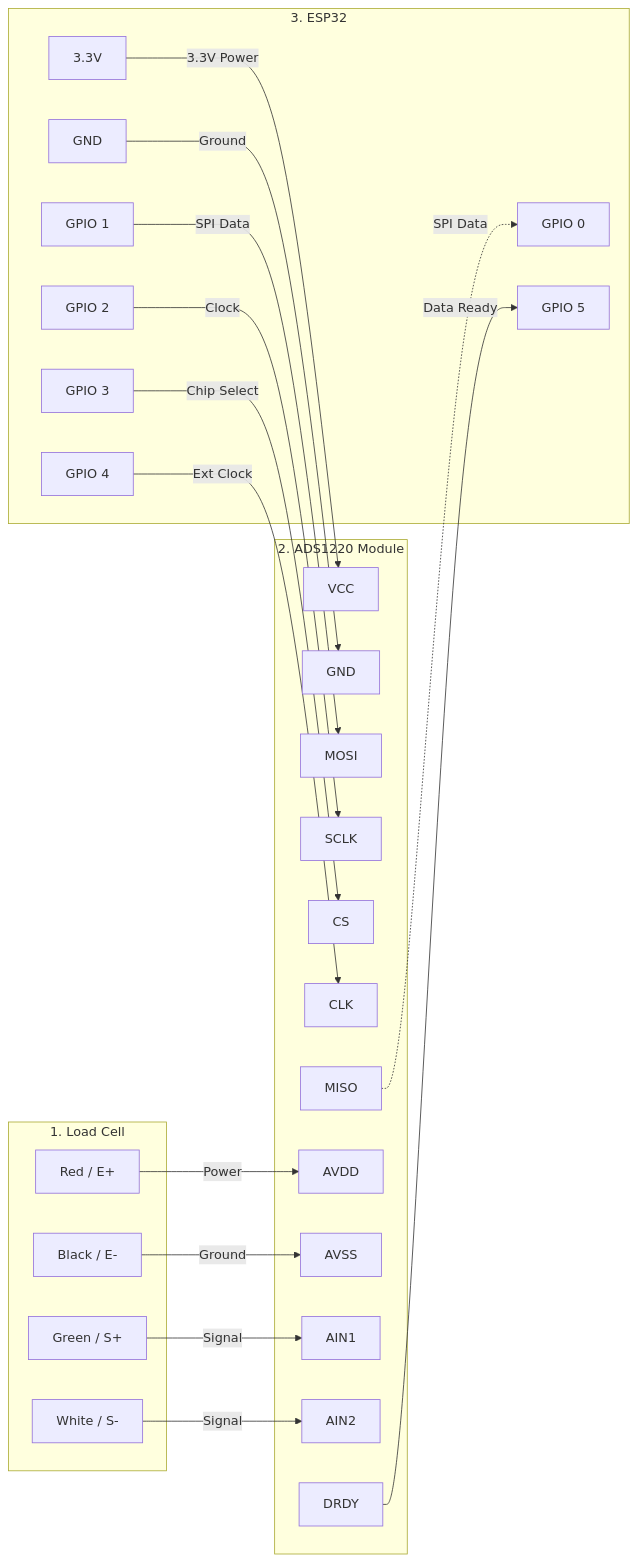
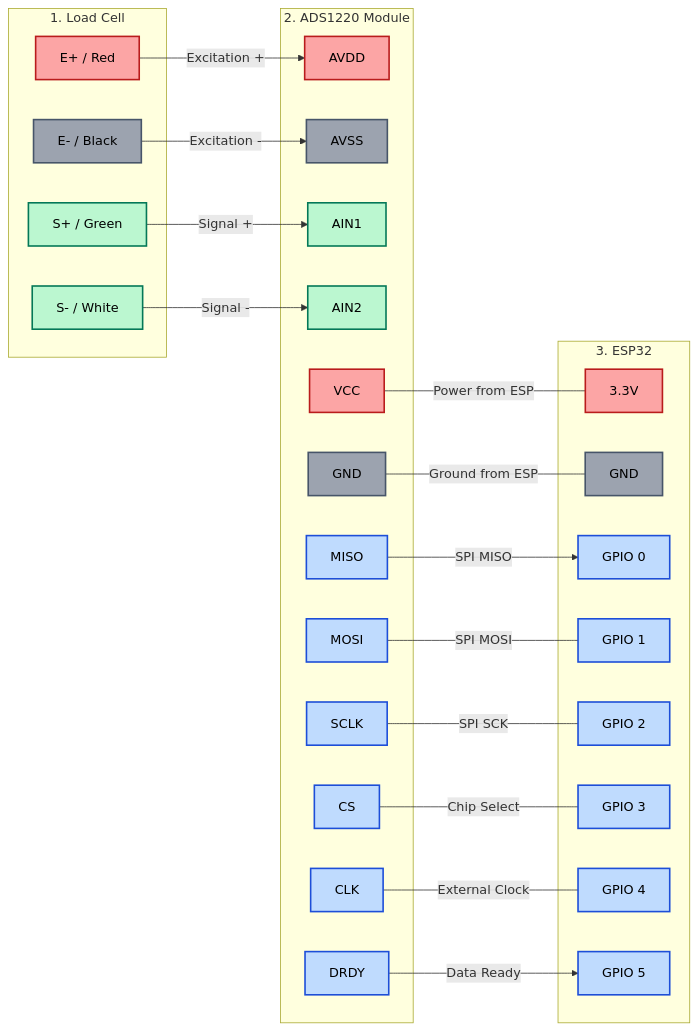
Before and after one commit to Ste86-sudo/SmartRowerPro: the diagram in README.md, drawn with Mermaid.

````diff
--- a/README.md
+++ b/README.md
@@ -38,54 +38,65 @@
 ```mermaid
-flowchart LR
-    subgraph LoadCell [1. Load Cell]
-        E_PLUS[Red / E+]
-        E_MINUS[Black / E-]
-        S_PLUS[Green / S+]
-        S_MINUS[White / S-]
+graph LR
+    subgraph Load_Cell [1. Load Cell]
+        LC_E_PLUS[E+ / Red]
+        LC_E_MINUS[E- / Black]
+        LC_S_PLUS[S+ / Green]
+        LC_S_MINUS[S- / White]
     end
 
-    subgraph ADC [2. ADS1220 Module]
-        AVDD[AVDD]
-        AVSS[AVSS]
-        AIN1[AIN1]
-        AIN2[AIN2]
+    subgraph ADS_Module [2. ADS1220 Module]
+        ADS_AVDD[AVDD]
+        ADS_AVSS[AVSS]
+        ADS_AIN1[AIN1]
+        ADS_AIN2[AIN2]
         
-        VCC[VCC]
-        GND[GND]
-        MISO[MISO]
-        MOSI[MOSI]
-        SCLK[SCLK]
-        CS[CS]
-        CLK[CLK]
-        DRDY[DRDY]
+        ADS_VCC[VCC]
+        ADS_GND[GND]
+        ADS_MISO[MISO]
+        ADS_MOSI[MOSI]
+        ADS_SCK[SCLK]
+        ADS_CS[CS]
+        ADS_CLK[CLK]
+        ADS_DRDY[DRDY]
     end
 
-    subgraph MCU [3. ESP32]
-        E_3V3[3.3V]
-        E_GND[GND]
-        E_P0[GPIO 0]
-        E_P1[GPIO 1]
-        E_P2[GPIO 2]
-        E_P3[GPIO 3]
-        E_P4[GPIO 4]
-        E_P5[GPIO 5]
+    subgraph ESP_MCU [3. ESP32]
+        ESP_3V3[3.3V]
+        ESP_GND[GND]
+        ESP_P0[GPIO 0]
+        ESP_P1[GPIO 1]
+        ESP_P2[GPIO 2]
+        ESP_P3[GPIO 3]
+        ESP_P4[GPIO 4]
+        ESP_P5[GPIO 5]
     end
 
-    %% Load Cell to ADC
-    E_PLUS -- Power --> AVDD
-    E_MINUS -- Ground --> AVSS
-    S_PLUS -- Signal --> AIN1
-    S_MINUS -- Signal --> AIN2
+    %% Load Cell to ADS1220
+    LC_E_PLUS -->|Excitation +| ADS_AVDD
+    LC_E_MINUS -->|Excitation -| ADS_AVSS
+    LC_S_PLUS -->|Signal +| ADS_AIN1
+    LC_S_MINUS -->|Signal -| ADS_AIN2
 
-    %% ESP32 to ADC (Power)
-    E_3V3 -- 3.3V Power --> VCC
-    E_GND -- Ground --> GND
+    %% ADS1220 to ESP32
+    %% Using lines without arrows for backward flows forces a strict Left-To-Right visual layout
+    ADS_VCC ---|Power from ESP| ESP_3V3
+    ADS_GND ---|Ground from ESP| ESP_GND
 
-    %% ESP32 to ADC (SPI)
-    MISO -. SPI Data .-> E_P0
-    E_P1 -- SPI Data --> MOSI
-    E_P2 -- Clock --> SCLK
-    E_P3 -- Chip Select --> CS
-    E_P4 -- Ext Clock --> CLK
-    DRDY -- Data Ready --> E_P5
+    ADS_MISO -->|SPI MISO| ESP_P0
+    ADS_MOSI ---|SPI MOSI| ESP_P1
+    ADS_SCK ---|SPI SCK| ESP_P2
+    ADS_CS ---|Chip Select| ESP_P3
+    ADS_CLK ---|External Clock| ESP_P4
+    ADS_DRDY -->|Data Ready| ESP_P5
+
+    %% Styling 
+    classDef power fill:#fca5a5,stroke:#b91c1c,stroke-width:2px,color:black;
+    classDef gnd fill:#9ca3af,stroke:#475569,stroke-width:2px,color:black;
+    classDef signal fill:#bbf7d0,stroke:#047857,stroke-width:2px,color:black;
+    classDef spi fill:#bfdbfe,stroke:#1d4ed8,stroke-width:2px,color:black;
+
+    class LC_E_PLUS,ADS_AVDD,ADS_VCC,ESP_3V3 power;
+    class LC_E_MINUS,ADS_AVSS,ADS_GND,ESP_GND gnd;
+    class LC_S_PLUS,LC_S_MINUS,ADS_AIN1,ADS_AIN2 signal;
+    class ADS_MISO,ADS_MOSI,ADS_SCK,ADS_CS,ADS_CLK,ADS_DRDY,ESP_P0,ESP_P1,ESP_P2,ESP_P3,ESP_P4,ESP_P5 spi;
 ```
````
